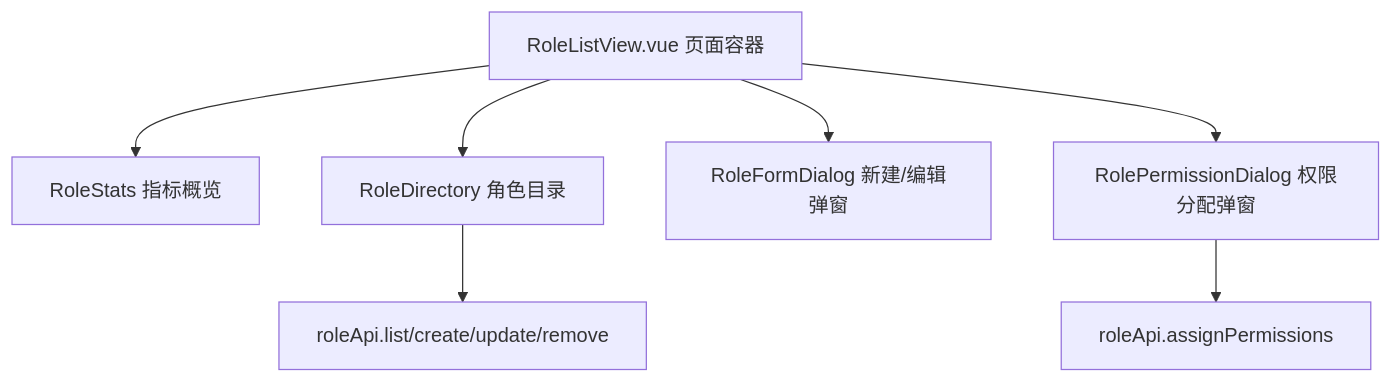
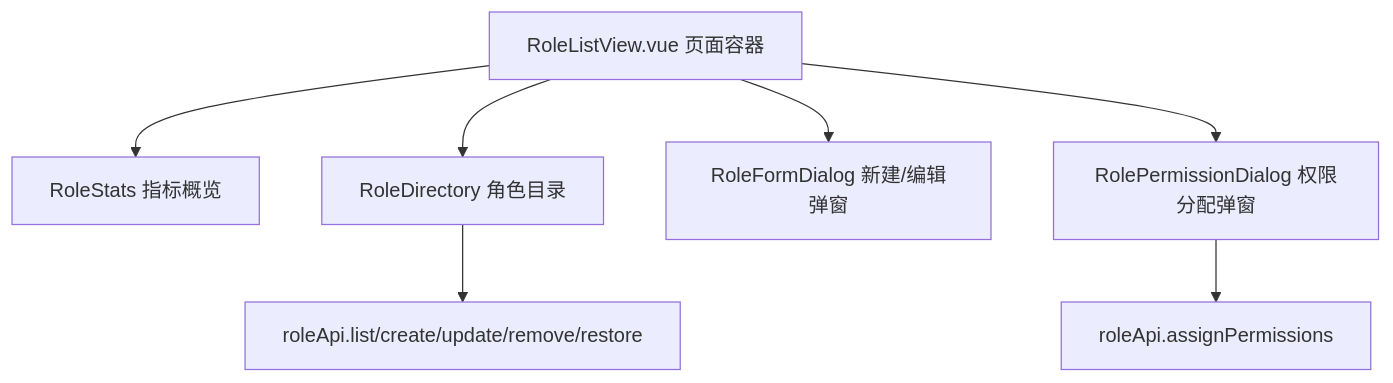
The fifth of 6 diagrams in docs/rbac.md (yiting001/E-sports-01), drawn with Mermaid before and after one commit. The commit also changed other lines of this file and 10 other files, not shown here.

````diff
--- a/docs/rbac.md
+++ b/docs/rbac.md
@@ -210,9 +221,9 @@
 ```mermaid
 flowchart TD
   Page["RoleListView.vue 页面容器"] --> Stats["RoleStats 指标概览"]
   Page --> Directory["RoleDirectory 角色目录"]
   Page --> FormDialog["RoleFormDialog 新建/编辑弹窗"]
   Page --> PermissionDialog["RolePermissionDialog 权限分配弹窗"]
-  Directory --> RoleApi["roleApi.list/create/update/remove"]
+  Directory --> RoleApi["roleApi.list/create/update/remove/restore"]
   PermissionDialog --> AssignApi["roleApi.assignPermissions"]
 ```
````
